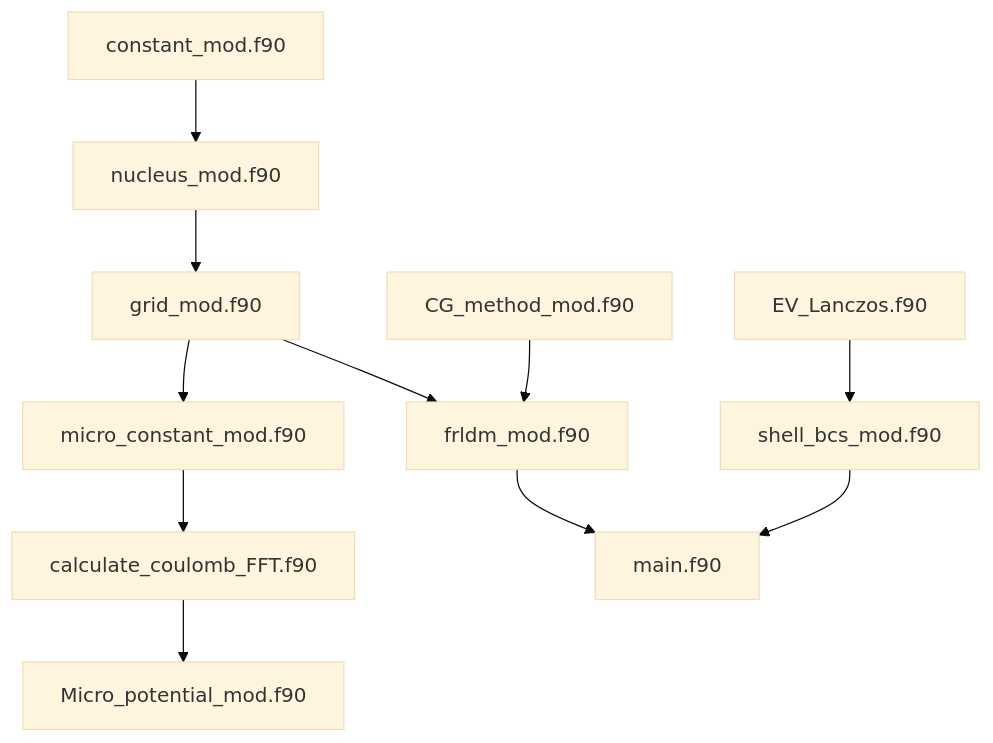
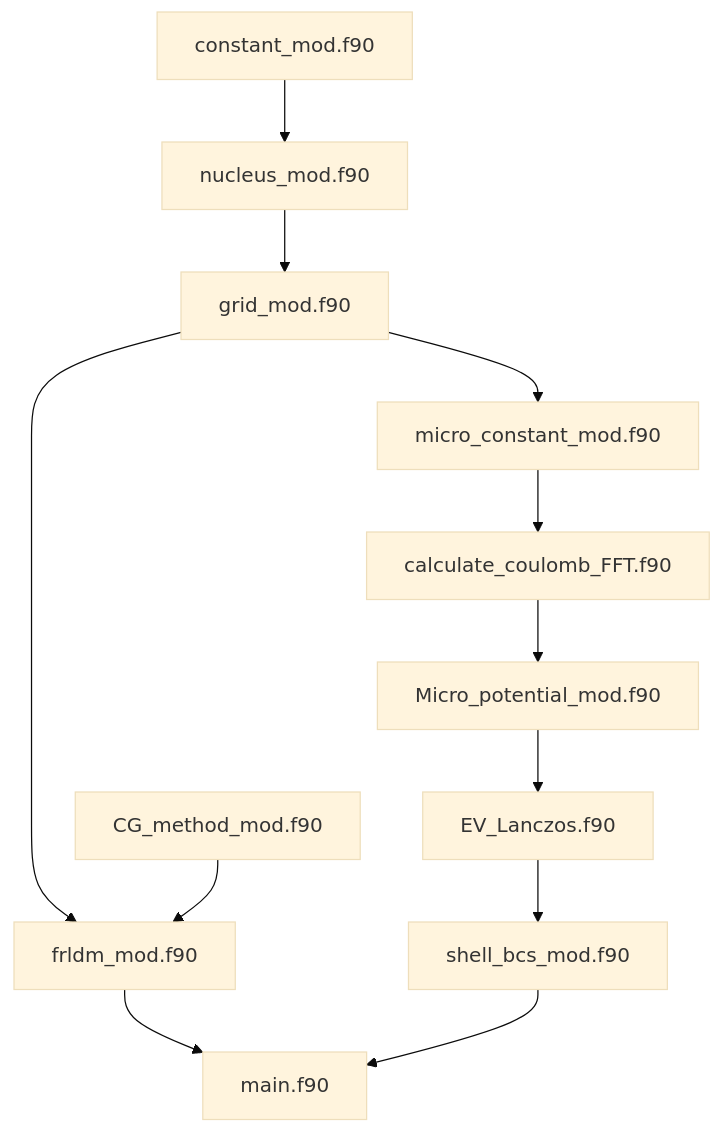
The diagram in README.md (tanamarugithuber/Microscopic-Macroscopic-), drawn with Mermaid (base theme) before and after one commit.

````diff
--- a/README.md
+++ b/README.md
@@ -23,14 +23,15 @@
 ```mermaid
 graph TD;
     constant_mod.f90-->nucleus_mod.f90;
     nucleus_mod.f90-->grid_mod.f90;
     grid_mod.f90-->frldm_mod.f90;
     grid_mod.f90-->micro_constant_mod.f90;
     micro_constant_mod.f90-->calculate_coulomb_FFT.f90
     CG_method_mod.f90-->frldm_mod.f90;
     calculate_coulomb_FFT.f90-->Micro_potential_mod.f90
+    Micro_potential_mod.f90-->EV_Lanczos.f90
     EV_Lanczos.f90-->shell_bcs_mod.f90
     frldm_mod.f90-->main.f90
     shell_bcs_mod.f90-->main.f90
 
 ```
````
